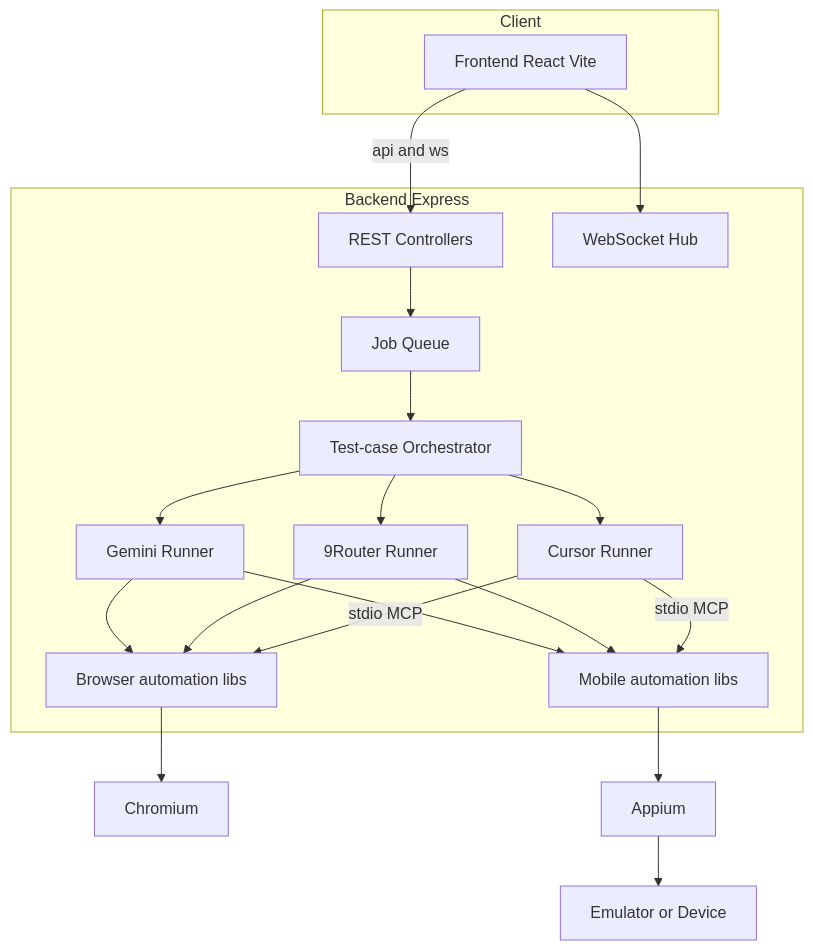
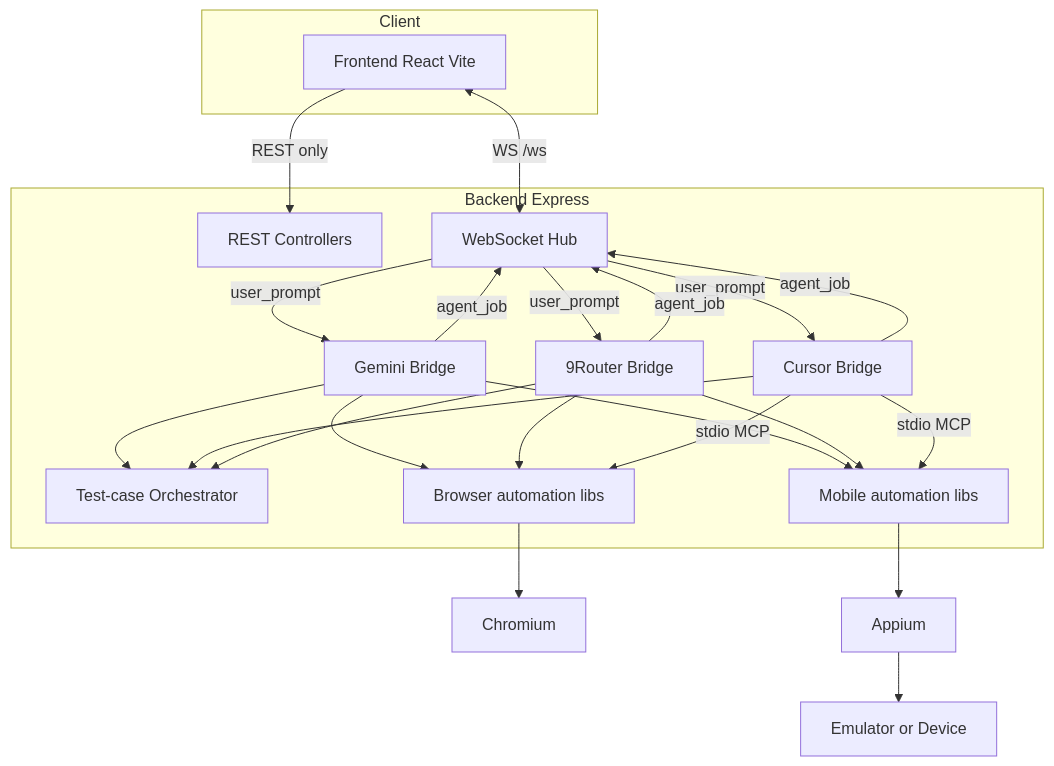
One commit to fikriknitto/knitto-agent-automation changed the diagram in docs/system.md. Above: the diagram before and after it, drawn with Mermaid. The commit also changed other lines of this file, not shown here.

Commit message:
Refactor system architecture documentation to clarify WebSocket interactions and job handling. Updated flow to separate REST and WebSocket paths, detailing the role of the Gemini, Cursor, and 9Router bridges in processing user prompts and orchestrating jobs. Enhanced overall structure for better readability and understanding of the automation process.

````diff
--- a/docs/system.md
+++ b/docs/system.md
@@ -47,35 +47,41 @@
 ```mermaid
 graph TB
     subgraph Client
         FE["Frontend React Vite"]
     end
 
     subgraph Server["Backend Express"]
         HTTP[REST Controllers]
         WS[WebSocket Hub]
-        Queue[Job Queue]
+        G[Gemini Bridge]
+        C[Cursor Bridge]
+        N[9Router Bridge]
         Orch[Test-case Orchestrator]
-        G[Gemini Runner]
-        C[Cursor Runner]
-        N[9Router Runner]
         BM[Browser automation libs]
         MM[Mobile automation libs]
     end
 
-    FE -->|api and ws| HTTP
-    FE --> WS
-    HTTP --> Queue
-    Queue --> Orch
-    Orch --> G
-    Orch --> C
-    Orch --> N
+    FE -->|REST only| HTTP
+    FE <-->|WS /ws| WS
+
+    WS -->|user_prompt| G
+    WS -->|user_prompt| C
+    WS -->|user_prompt| N
+    G -->|agent_job| WS
+    C -->|agent_job| WS
+    N -->|agent_job| WS
+
+    G --> Orch
+    C --> Orch
+    N --> Orch
+
     G --> BM
     G --> MM
     N --> BM
     N --> MM
     C -->|stdio MCP| BM
     C -->|stdio MCP| MM
     BM --> Chromium
     MM --> Appium
     Appium --> Device[Emulator or Device]
 ```
````
